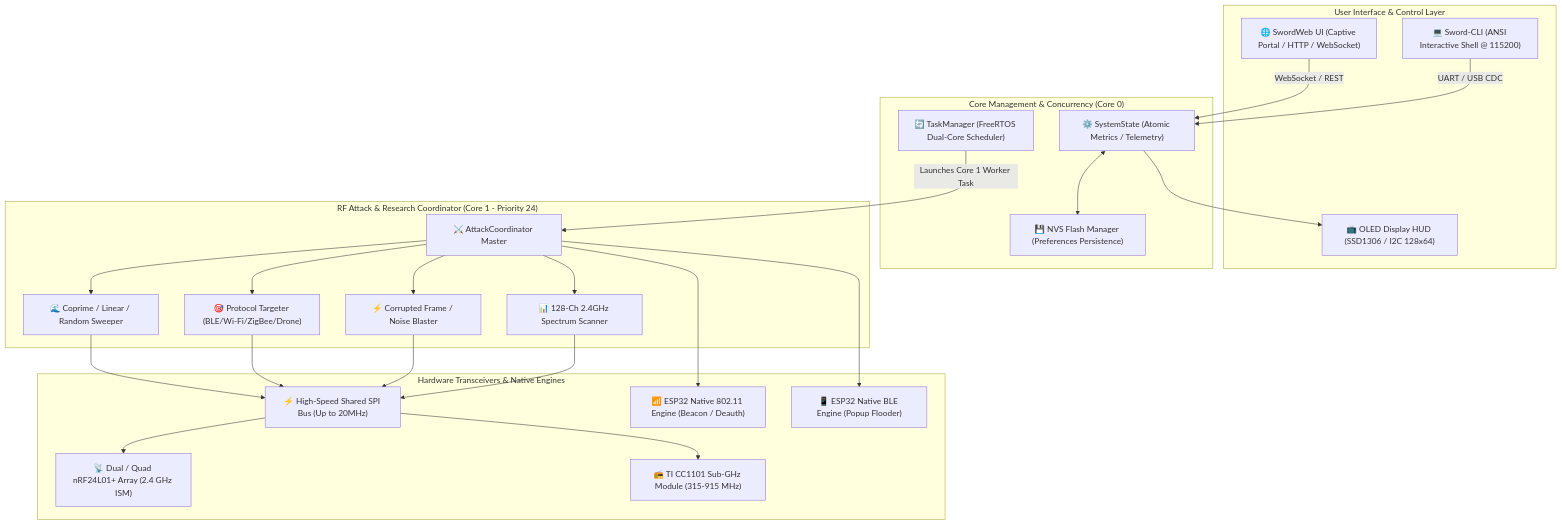
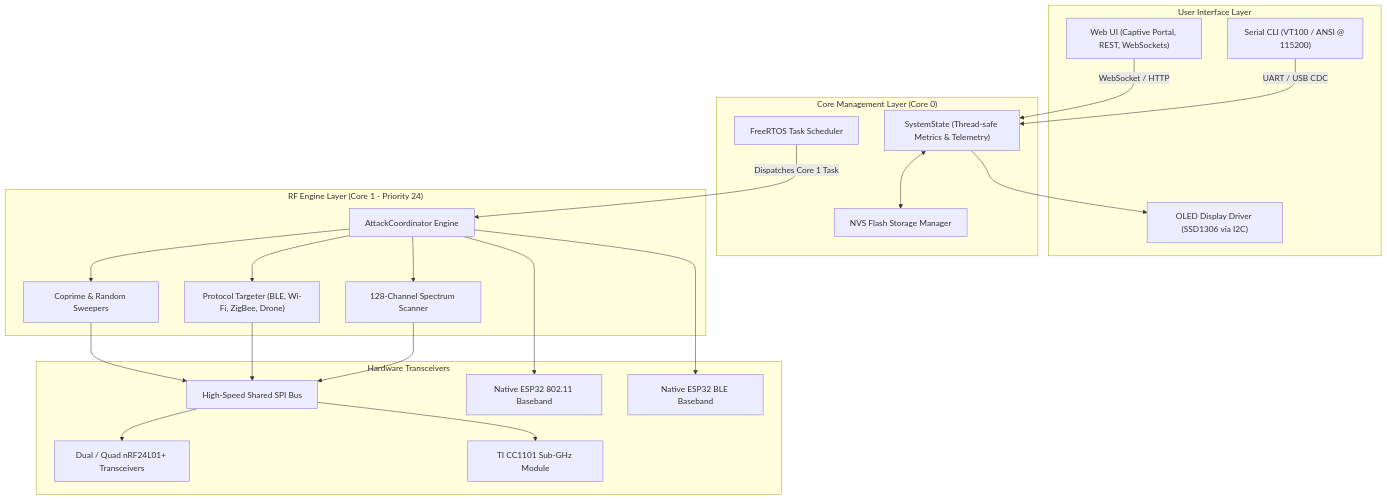
Before and after one commit to AtaCanYmc/esp32-rf-sword: the diagram in README.md, drawn with Mermaid. The commit also changed other lines of this file and 12 other files, not shown here.

````diff
--- a/README.md
+++ b/README.md
@@ -50,52 +101,48 @@
 ```mermaid
 flowchart TD
-    subgraph UI_LAYER ["User Interface & Control Layer"]
-        WEB["🌐 SwordWeb UI (Captive Portal / HTTP / WebSocket)"]
-        CLI["💻 Sword-CLI (ANSI Interactive Shell @ 115200)"]
-        OLED["📺 OLED Display HUD (SSD1306 / I2C 128x64)"]
+    subgraph UI ["User Interface Layer"]
+        WEB["Web UI (Captive Portal, REST, WebSockets)"]
+        CLI["Serial CLI (VT100 / ANSI @ 115200)"]
+        OLED["OLED Display Driver (SSD1306 via I2C)"]
     end
 
-    subgraph CORE_LAYER ["Core Management & Concurrency (Core 0)"]
-        SYS["⚙️ SystemState (Atomic Metrics / Telemetry)"]
-        NVS["💾 NVS Flash Manager (Preferences Persistence)"]
-        TASK["🔄 TaskManager (FreeRTOS Dual-Core Scheduler)"]
+    subgraph CORE ["Core Management Layer (Core 0)"]
+        SYS["SystemState (Thread-safe Metrics & Telemetry)"]
+        NVS["NVS Flash Storage Manager"]
+        TASK["FreeRTOS Task Scheduler"]
     end
 
-    subgraph ATTACK_LAYER ["RF Attack & Research Coordinator (Core 1 - Priority 24)"]
-        COORD["⚔️ AttackCoordinator Master"]
-        SWEEP["🌊 Coprime / Linear / Random Sweeper"]
-        TARGET["🎯 Protocol Targeter (BLE/Wi-Fi/ZigBee/Drone)"]
-        NOISE["⚡ Corrupted Frame / Noise Blaster"]
-        SPEC["📊 128-Ch 2.4GHz Spectrum Scanner"]
+    subgraph ATTACK ["RF Engine Layer (Core 1 - Priority 24)"]
+        COORD["AttackCoordinator Engine"]
+        SWEEP["Coprime & Random Sweepers"]
+        TARGET["Protocol Targeter (BLE, Wi-Fi, ZigBee, Drone)"]
+        SPEC["128-Channel Spectrum Scanner"]
     end
 
-    subgraph RADIO_LAYER ["Hardware Transceivers & Native Engines"]
-        SPI_BUS["⚡ High-Speed Shared SPI Bus (Up to 20MHz)"]
-        NRF_ARR["📡 Dual / Quad nRF24L01+ Array (2.4 GHz ISM)"]
-        CC1101["📻 TI CC1101 Sub-GHz Module (315-915 MHz)"]
-        WIFI_ENG["📶 ESP32 Native 802.11 Engine (Beacon / Deauth)"]
-        BLE_ENG["📱 ESP32 Native BLE Engine (Popup Flooder)"]
+    subgraph HARDWARE ["Hardware Transceivers"]
+        SPI_BUS["High-Speed Shared SPI Bus"]
+        NRF["Dual / Quad nRF24L01+ Transceivers"]
+        CC["TI CC1101 Sub-GHz Module"]
+        NATIVE_WIFI["Native ESP32 802.11 Baseband"]
+        NATIVE_BLE["Native ESP32 BLE Baseband"]
     end
 
-    WEB -->|WebSocket / REST| SYS
+    WEB -->|WebSocket / HTTP| SYS
     CLI -->|UART / USB CDC| SYS
     SYS --> OLED
-
     SYS <--> NVS
-    TASK -->|Launches Core 1 Worker Task| COORD
+    TASK -->|Dispatches Core 1 Task| COORD
 
     COORD --> SWEEP
     COORD --> TARGET
-    COORD --> NOISE
     COORD --> SPEC
 
     SWEEP --> SPI_BUS
     TARGET --> SPI_BUS
-    NOISE --> SPI_BUS
     SPEC --> SPI_BUS
 
-    SPI_BUS --> NRF_ARR
-    SPI_BUS --> CC1101
-    COORD --> WIFI_ENG
-    COORD --> BLE_ENG
+    SPI_BUS --> NRF
+    SPI_BUS --> CC
+    COORD --> NATIVE_WIFI
+    COORD --> NATIVE_BLE
 ```
````
